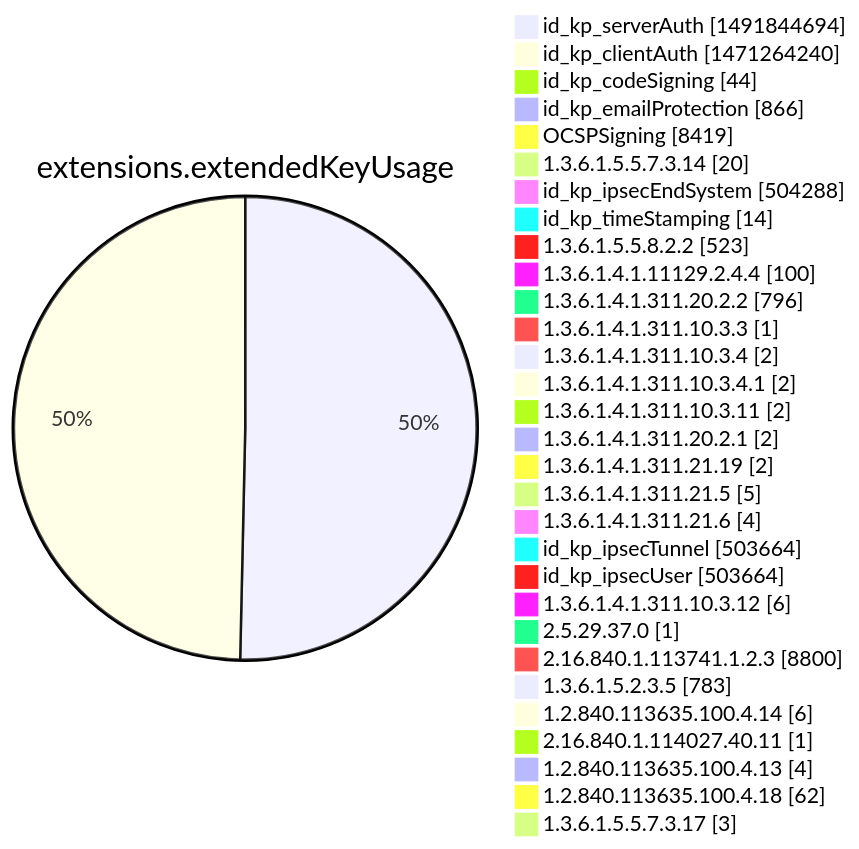
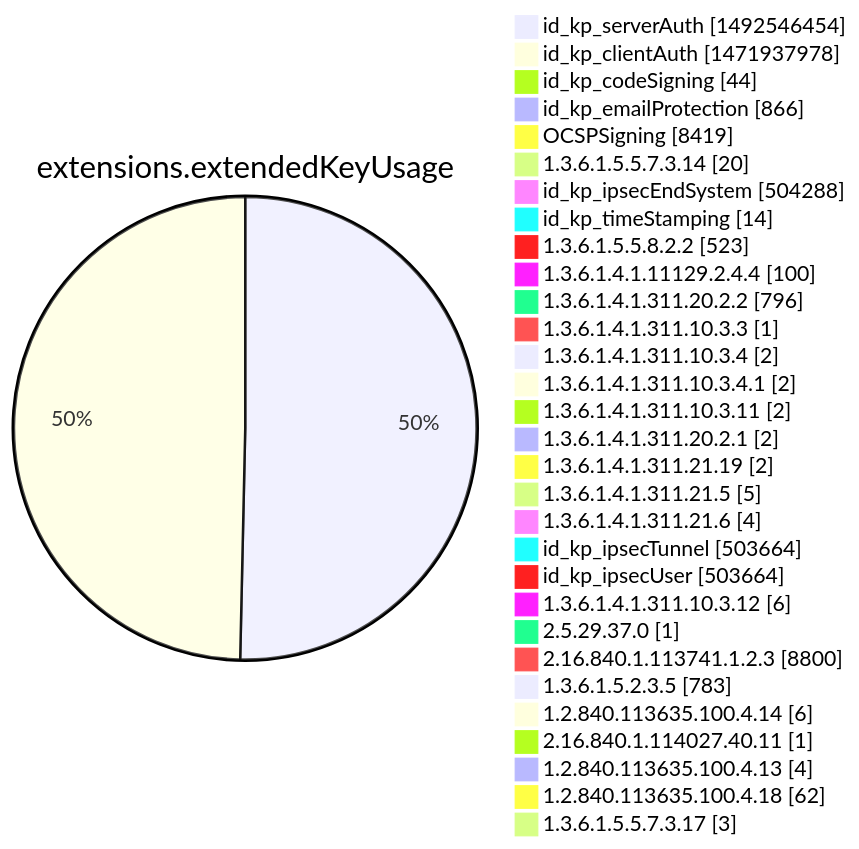
Before and after one commit to christiankrug/ctmonitor_visualization: diagram 12 of 15 in argon2022/README.md, drawn with Mermaid. The commit also changed other lines of this file, not shown here.

````diff
--- a/argon2022/README.md
+++ b/argon2022/README.md
@@ -3555,34 +3555,34 @@
 ```mermaid
 pie showData
 title extensions.extendedKeyUsage
-"id_kp_serverAuth" :1491844694
-"id_kp_clientAuth" :1471264240
+"id_kp_serverAuth" :1492546454
+"id_kp_clientAuth" :1471937978
 "id_kp_codeSigning" :44
 "id_kp_emailProtection" :866
 "OCSPSigning" :8419
 "1.3.6.1.5.5.7.3.14" :20
 "id_kp_ipsecEndSystem" :504288
 "id_kp_timeStamping" :14
 "1.3.6.1.5.5.8.2.2" :523
 "1.3.6.1.4.1.11129.2.4.4" :100
 "1.3.6.1.4.1.311.20.2.2" :796
 "1.3.6.1.4.1.311.10.3.3" :1
 "1.3.6.1.4.1.311.10.3.4" :2
 "1.3.6.1.4.1.311.10.3.4.1" :2
 "1.3.6.1.4.1.311.10.3.11" :2
 "1.3.6.1.4.1.311.20.2.1" :2
 "1.3.6.1.4.1.311.21.19" :2
 "1.3.6.1.4.1.311.21.5" :5
 "1.3.6.1.4.1.311.21.6" :4
 "id_kp_ipsecTunnel" :503664
 "id_kp_ipsecUser" :503664
 "1.3.6.1.4.1.311.10.3.12" :6
 "2.5.29.37.0" :1
 "2.16.840.1.113741.1.2.3" :8800
 "1.3.6.1.5.2.3.5" :783
 "1.2.840.113635.100.4.14" :6
 "2.16.840.1.114027.40.11" :1
 "1.2.840.113635.100.4.13" :4
 "1.2.840.113635.100.4.18" :62
 "1.3.6.1.5.5.7.3.17" :3
 ```
````
